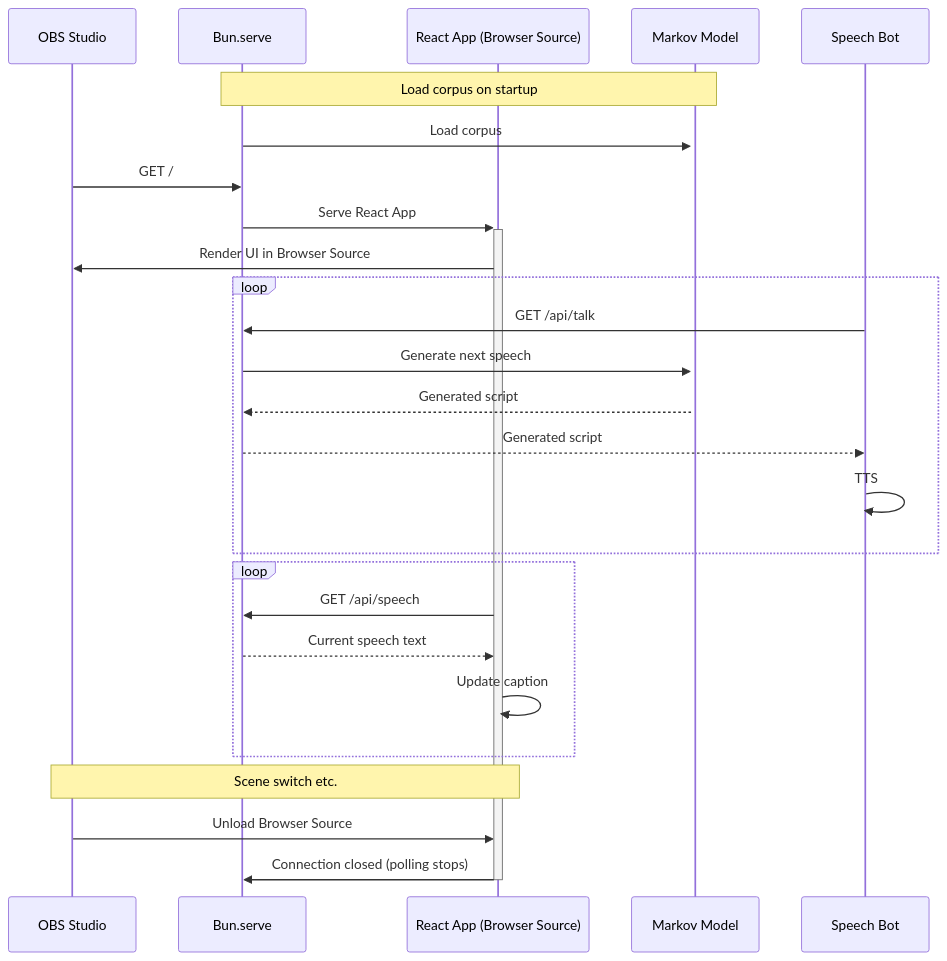
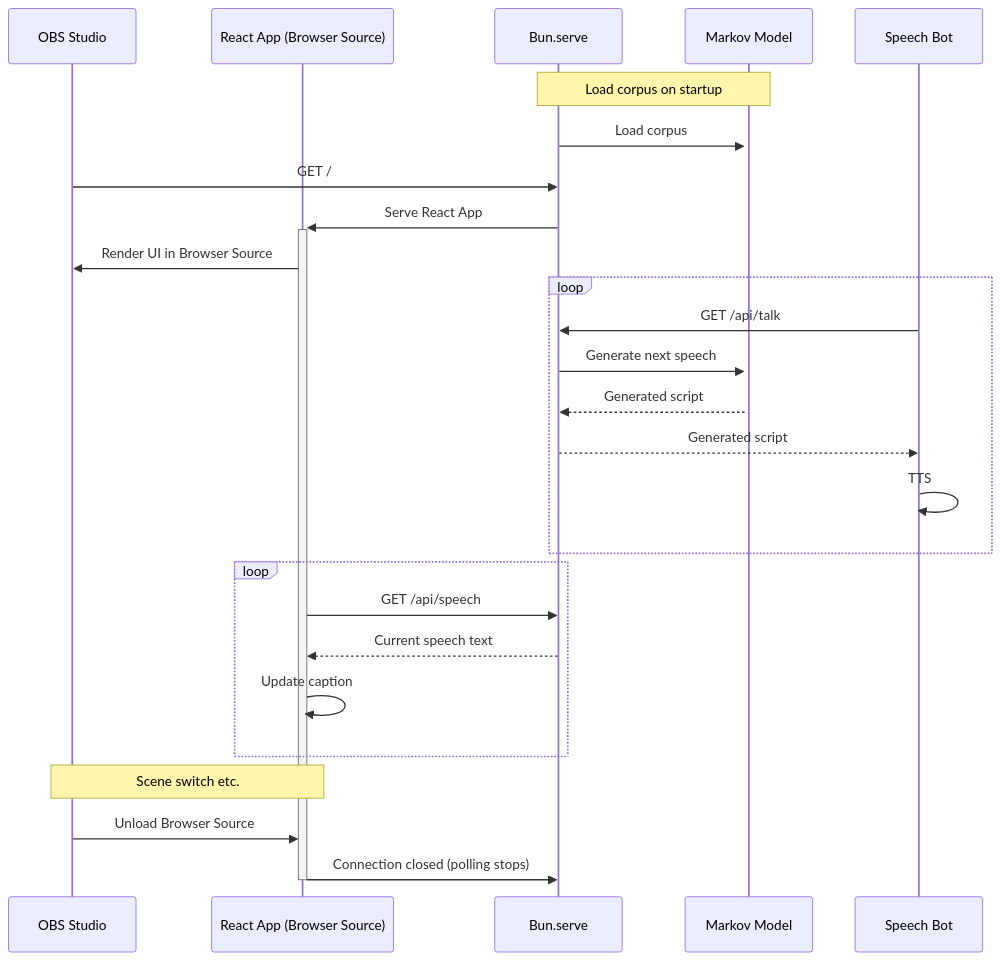
Before and after one commit to nahcnuj/automated-gameplay-transmitter: the diagram in README.md, drawn with Mermaid. The commit also changed other lines of this file, not shown here.

````diff
--- a/README.md
+++ b/README.md
@@ -29,36 +29,36 @@
 ```mermaid
 sequenceDiagram
     participant OBS as OBS Studio
+    participant React as React App (Browser Source)
     participant Server as Bun.serve
-    participant React as React App (Browser Source)
     participant Markov as Markov Model
     participant Bot as Speech Bot
 
     Note over Server, Markov: Load corpus on startup
     Server->>+Markov: Load corpus
 
     %% Initialization
     OBS->>Server: GET /
     Server->>+React: Serve React App
     React->>OBS: Render UI in Browser Source
 
     %% TTS loop
     loop
         Bot->>Server: GET /api/talk
         Server->>Markov: Generate next speech
         Markov-->>Server: Generated script
         Server-->>Bot: Generated script
         Bot->>Bot: TTS
     end
 
     %% caption updating loop
     loop
         React->>Server: GET /api/speech
         Server-->>React: Current speech text
         React->>React: Update caption
     end
 
     Note over OBS, React: Scene switch etc.
     OBS->>React: Unload Browser Source
     React->>-Server: Connection closed (polling stops)
 ```
````
